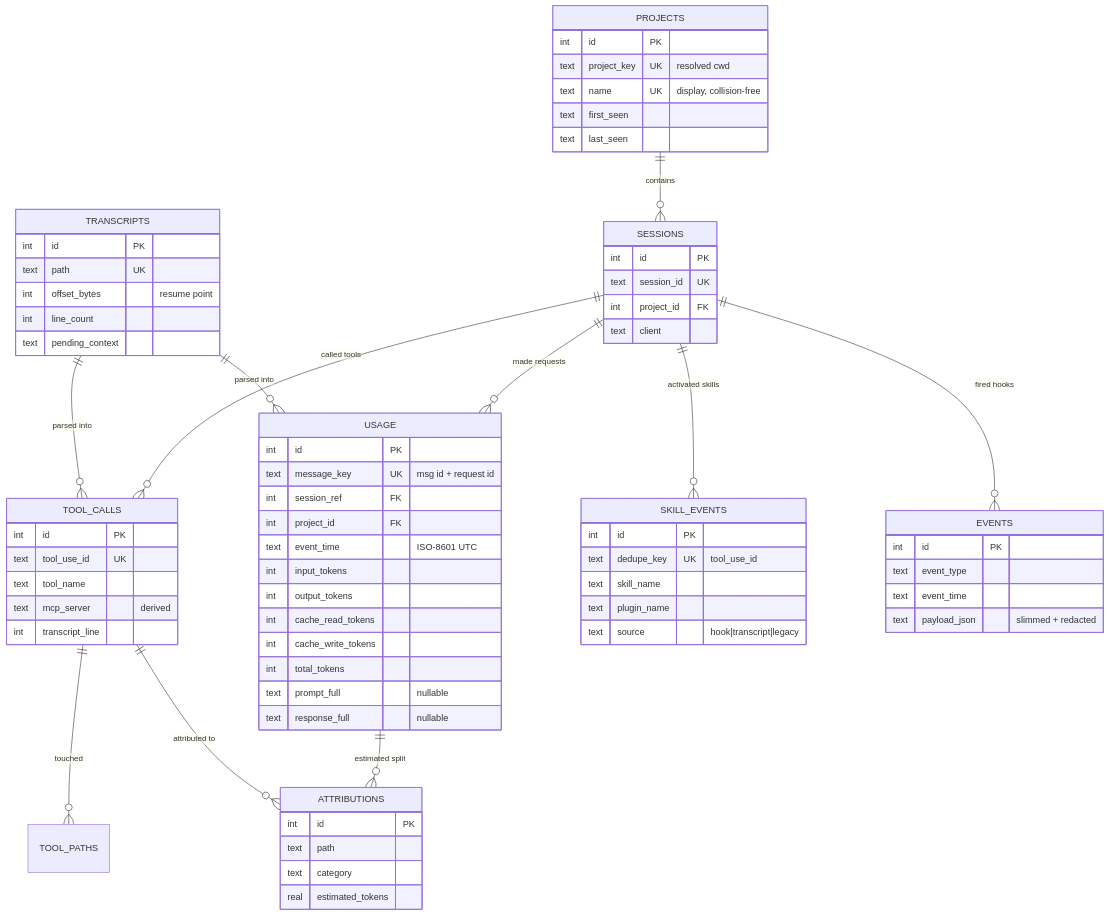
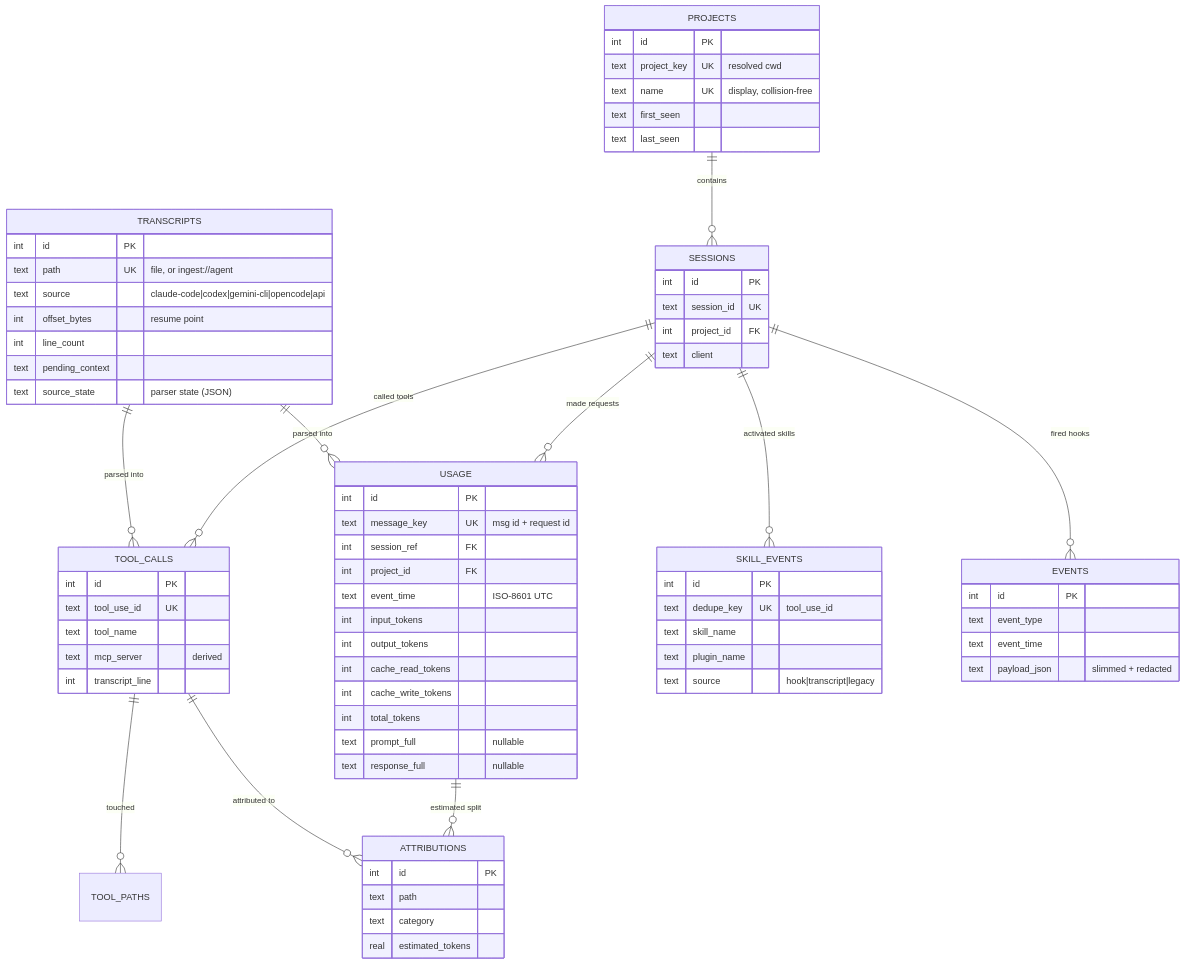
Before and after one commit to sarveshtalele/knowyourtokens: the second of 2 diagrams in docs/ARCHITECTURE.md, drawn with Mermaid. The commit also changed other lines of this file and 101 other files, not shown here.

````diff
--- a/docs/ARCHITECTURE.md
+++ b/docs/ARCHITECTURE.md
@@ -95,58 +173,60 @@
 ```mermaid
 erDiagram
     PROJECTS ||--o{ SESSIONS : contains
     SESSIONS ||--o{ USAGE : "made requests"
     SESSIONS ||--o{ TOOL_CALLS : "called tools"
     SESSIONS ||--o{ SKILL_EVENTS : "activated skills"
     SESSIONS ||--o{ EVENTS : "fired hooks"
     TRANSCRIPTS ||--o{ USAGE : "parsed into"
     TRANSCRIPTS ||--o{ TOOL_CALLS : "parsed into"
     TOOL_CALLS ||--o{ TOOL_PATHS : touched
     USAGE ||--o{ ATTRIBUTIONS : "estimated split"
     TOOL_CALLS ||--o{ ATTRIBUTIONS : "attributed to"
 
     PROJECTS { int id PK
       text project_key UK "resolved cwd"
       text name UK "display, collision-free"
       text first_seen
       text last_seen }
     SESSIONS { int id PK
       text session_id UK
       int project_id FK
       text client }
     TRANSCRIPTS { int id PK
-      text path UK
+      text path UK "file, or ingest://agent"
+      text source "claude-code|codex|gemini-cli|opencode|api"
       int offset_bytes "resume point"
       int line_count
-      text pending_context }
+      text pending_context
+      text source_state "parser state (JSON)" }
     USAGE { int id PK
       text message_key UK "msg id + request id"
       int session_ref FK
       int project_id FK
       text event_time "ISO-8601 UTC"
       int input_tokens
       int output_tokens
       int cache_read_tokens
       int cache_write_tokens
       int total_tokens
       text prompt_full "nullable"
       text response_full "nullable" }
     TOOL_CALLS { int id PK
       text tool_use_id UK
       text tool_name
       text mcp_server "derived"
       int transcript_line }
     SKILL_EVENTS { int id PK
       text dedupe_key UK "tool_use_id"
       text skill_name
       text plugin_name
       text source "hook|transcript|legacy" }
     EVENTS { int id PK
       text event_type
       text event_time
       text payload_json "slimmed + redacted" }
     ATTRIBUTIONS { int id PK
       text path
       text category
       real estimated_tokens }
 ```
````
